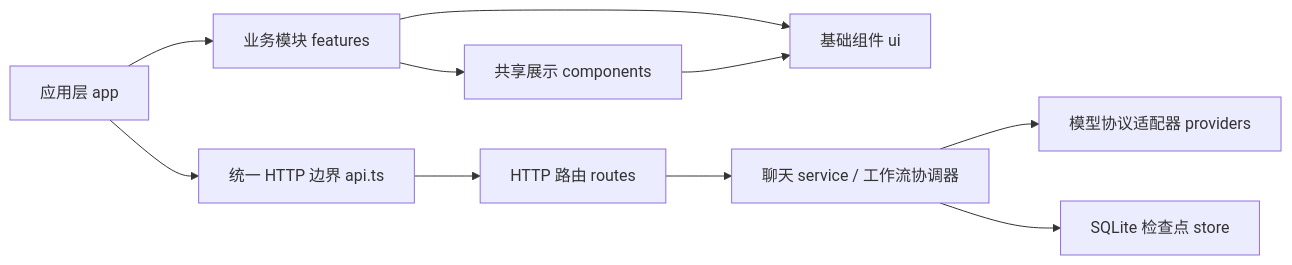
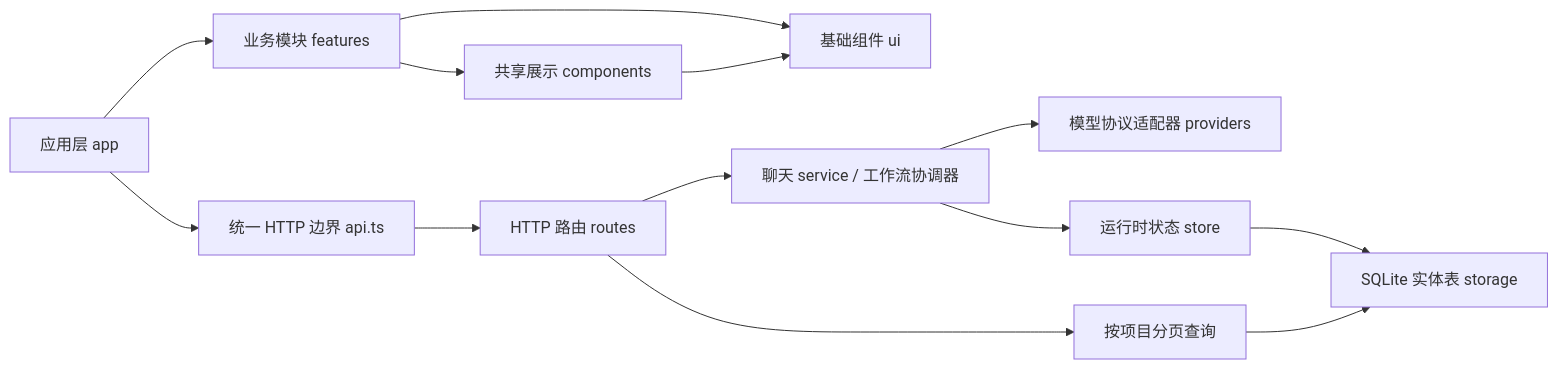
Before and after one commit to xutongxue233/short-drama-workspace: the diagram in docs/architecture.md, drawn with Mermaid. The commit also changed other lines of this file and 60 other files, not shown here.

````diff
--- a/docs/architecture.md
+++ b/docs/architecture.md
@@ -5,12 +5,15 @@
 ```mermaid
 flowchart LR
   App[应用层 app] --> Features[业务模块 features]
   Features --> Components[共享展示 components]
   Features --> UI[基础组件 ui]
   Components --> UI
   App --> API[统一 HTTP 边界 api.ts]
   API --> Routes[HTTP 路由 routes]
   Routes --> Services[聊天 service / 工作流协调器]
   Services --> Providers[模型协议适配器 providers]
-  Services --> Store[SQLite 检查点 store]
+  Services --> Store[运行时状态 store]
+  Store --> Storage[SQLite 实体表 storage]
+  Routes --> Queries[按项目分页查询]
+  Queries --> Storage
 ```
````
